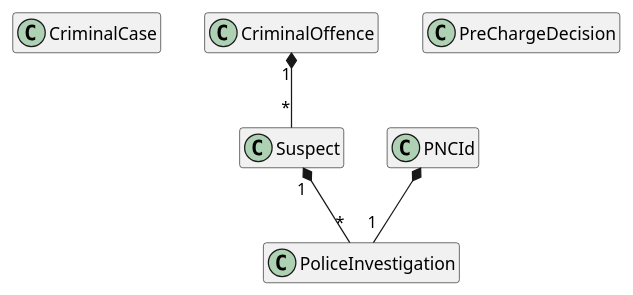
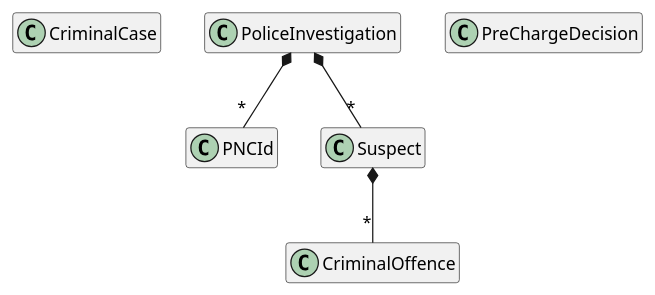
One commit to andrewharmellaw/first-steps-in-ddd changed the diagram in docs/Domain-Model.puml. Above: the diagram before and after it, drawn with PlantUML.

Commit message:
Fix direction of associations

```diff
--- a/docs/Domain-Model.puml
+++ b/docs/Domain-Model.puml
@@ -1,31 +1,29 @@
 @startuml
 hide empty members
 hide empty methods
 
 class CriminalCase {
 }
 
 class CriminalOffence {
 }
 
 class PNCId {
 }
 
 class PoliceInvestigation {
 }
 
 class PreChargeDecision {
 }
 
 class Suspect    {
 }
 
-CriminalOffence "1" *-- "*" Suspect
+Suspect *-- "*" CriminalOffence
 
-Suspect "1" *-- "*" PoliceInvestigation
+PoliceInvestigation *-- "*" Suspect
 
-PNCId *-- "1" PoliceInvestigation
-
-
+PoliceInvestigation *-- "*" PNCId
 
 @enduml
```
